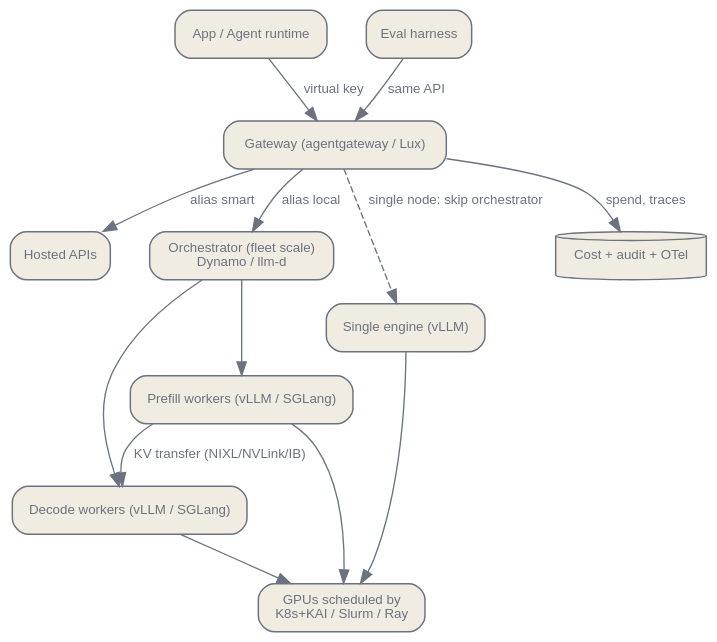
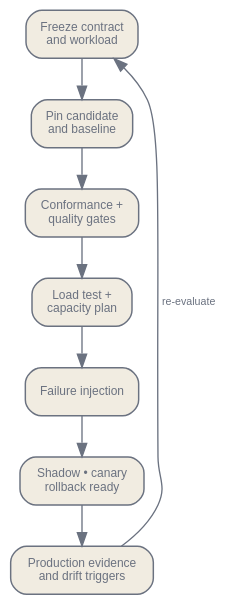
One commit to latere-ai/ai-as-an-infrastructure changed the third of 3 diagrams in en/practice/02-serving-and-compute.qmd. Above: the diagram before and after it, drawn with Graphviz. The commit also changed other lines of this file and 4 other files, not shown here.

````diff
--- a/en/practice/02-serving-and-compute.qmd
+++ b/en/practice/02-serving-and-compute.qmd
@@ -425,33 +454,23 @@
 ```{dot}
 //| label: fig-serving-wiring
-//| fig-cap: "The full stack wired end to end. The gateway is the hub: apps, agents, and eval harnesses all hold a virtual key and one base URL, and the gateway fans out to hosted APIs and self-hosted engines running on scheduled GPUs."
+//| fig-cap: "The serving evidence loop. A candidate advances only after contract, quality, load, and failure checks; production evidence creates explicit re-evaluation triggers."
 digraph {
   bgcolor="transparent";
   rankdir=TB;
-  nodesep=0.4; ranksep=0.5;
-  node [shape=box, style="rounded,filled", fontname="Helvetica", fontsize=10, color="#6b7280", fontcolor="#6b7280", fillcolor="#f1ece1", penwidth=1.1];
-  edge [fontsize=10, fontname="Helvetica", color="#6b7280", fontcolor="#6b7280"];
-  app [label="App / Agent runtime"];
-  gw [label="Gateway (agentgateway / Lux)"];
-  eval [label="Eval harness"];
-  api [label="Hosted APIs"];
-  orch [label="Orchestrator (fleet scale)\nDynamo / llm-d"];
-  prefill [label="Prefill workers (vLLM / SGLang)"];
-  decode [label="Decode workers (vLLM / SGLang)"];
-  engine [label="Single engine (vLLM)"];
-  sched [label="GPUs scheduled by\nK8s+KAI / Slurm / Ray"];
-  obs [label="Cost + audit + OTel", shape=cylinder];
-  app -> gw [label="virtual key"];
-  eval -> gw [label="same API"];
-  gw -> api [label="alias smart"];
-  gw -> orch [label="alias local"];
-  orch -> prefill;
-  orch -> decode;
-  prefill -> decode [label="KV transfer (NIXL/NVLink/IB)"];
-  gw -> engine [style=dashed, label="single node: skip orchestrator"];
-  prefill -> sched;
-  decode -> sched;
-  engine -> sched;
-  gw -> obs [label="spend, traces"];
+  nodesep=0.3; ranksep=0.4;
+  node [shape=box, style="rounded,filled", fontname="Helvetica", fontsize=9,
+        color="#6b7280", fontcolor="#6b7280", fillcolor="#f1ece1",
+        penwidth=1.1, margin="0.10,0.07"];
+  edge [fontsize=8, fontname="Helvetica", color="#6b7280",
+        fontcolor="#6b7280"];
+  freeze [label="Freeze contract\nand workload"];
+  baseline [label="Pin candidate\nand baseline"];
+  verify [label="Conformance +\nquality gates"];
+  load [label="Load test +\ncapacity plan"];
+  fail [label="Failure injection"];
+  rollout [label="Shadow • canary\nrollback ready"];
+  observe [label="Production evidence\nand drift triggers"];
+  freeze -> baseline -> verify -> load -> fail -> rollout -> observe;
+  observe -> freeze [label="re-evaluate", constraint=false];
 }
 ```
````
